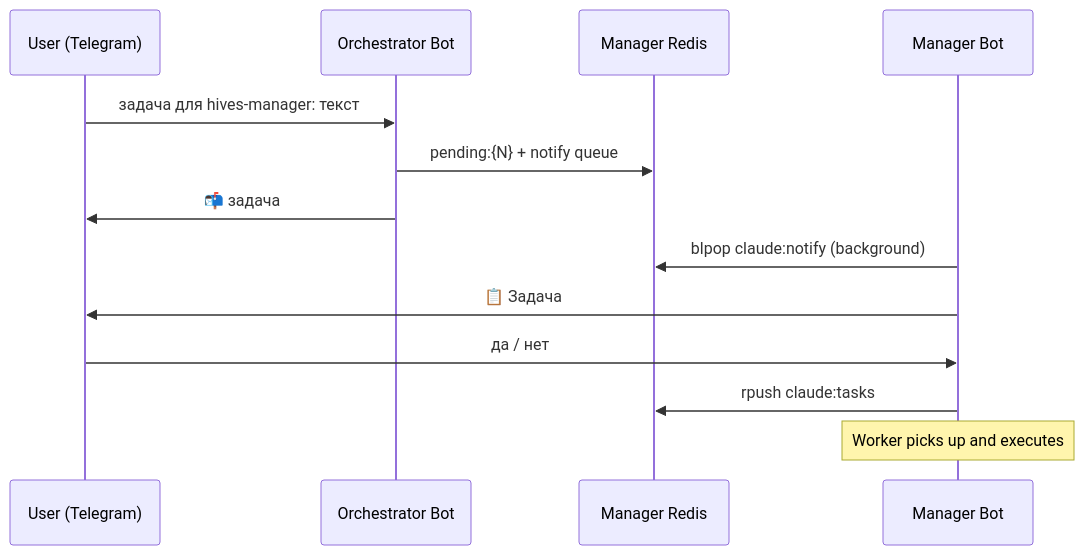
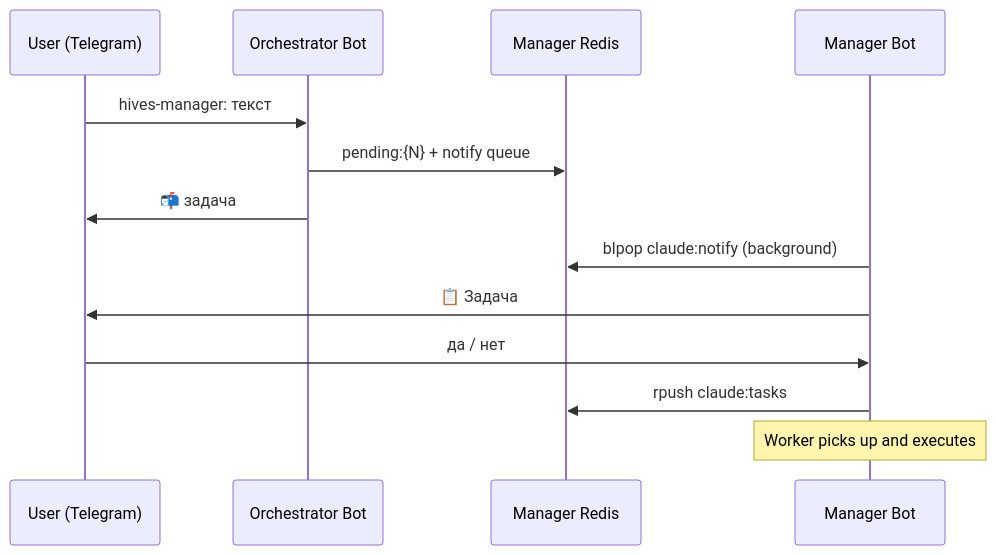
Before and after one commit to NeradziukA/orchestrator: the diagram in README.md, drawn with Mermaid. The commit also changed other lines of this file and 2 other files, not shown here.

````diff
--- a/README.md
+++ b/README.md
@@ -7,17 +7,17 @@
 ```mermaid
 sequenceDiagram
     participant U as User (Telegram)
     participant O as Orchestrator Bot
     participant R as Manager Redis
     participant M as Manager Bot
 
-    U->>O: задача для hives-manager: текст
+    U->>O: hives-manager: текст
     O->>R: pending:{N} + notify queue
     O->>U: 📬 задача #N передана
 
     M->>R: blpop claude:notify (background)
     M->>U: 📋 Задача #N — запустить?
     U->>M: да / нет
     M->>R: rpush claude:tasks
     Note over M: Worker picks up and executes
 ```
````
